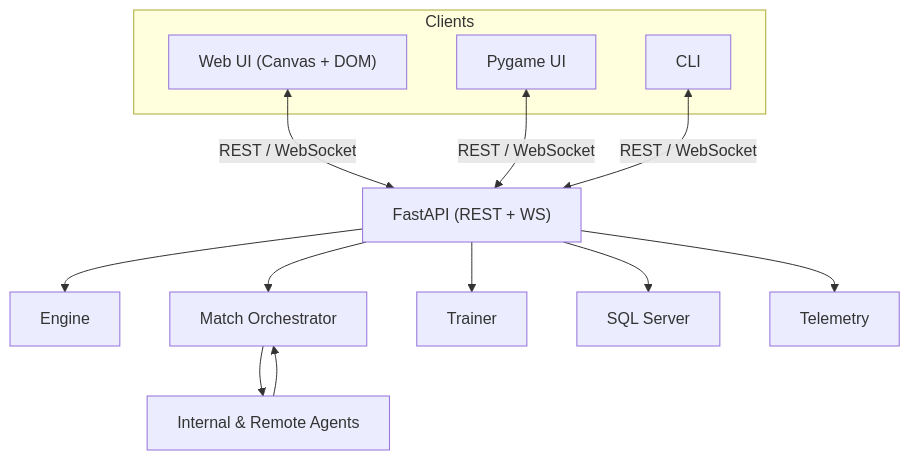
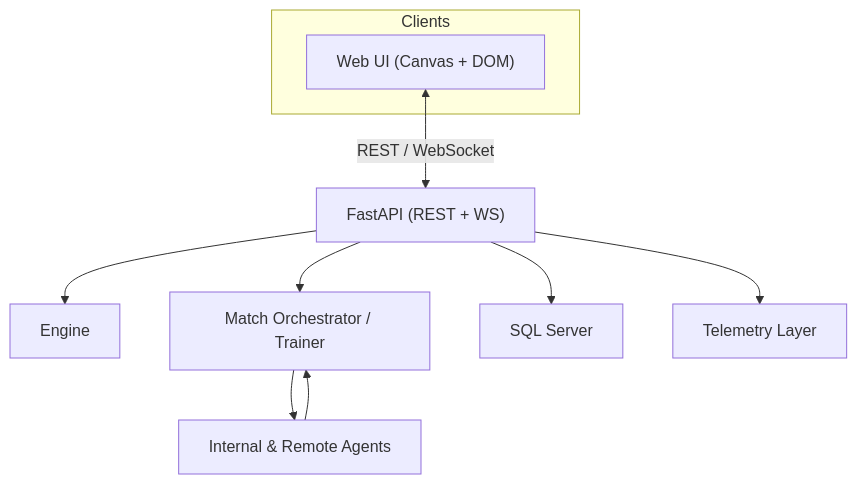
Before and after one commit to tucktuck101/battleship-rl: the second of 6 diagrams in docs/architecture.md, drawn with Mermaid. The commit also changed other lines of this file, not shown here.

Commit message:
Reorganize architecture doc

````diff
--- a/docs/architecture.md
+++ b/docs/architecture.md
@@ -50,20 +74,14 @@
 ```mermaid
 flowchart TB
     subgraph Clients
         Browser["Web UI (Canvas + DOM)"]
-        Pygame["Pygame UI"]
-        CLI["CLI"]
     end
 
     Browser <-->|REST / WebSocket| API["FastAPI (REST + WS)"]
-    Pygame <-->|REST / WebSocket| API
-    CLI <-->|REST / WebSocket| API
-
     API --> Engine
-    API --> Orchestrator["Match Orchestrator"]
-    API --> Trainer
+    API --> Orchestrator["Match Orchestrator / Trainer"]
     API --> SQL["SQL Server"]
-    API --> Telemetry
+    API --> Telemetry["Telemetry Layer"]
     Orchestrator --> Agents["Internal & Remote Agents"]
     Agents --> Orchestrator
 ```
````
